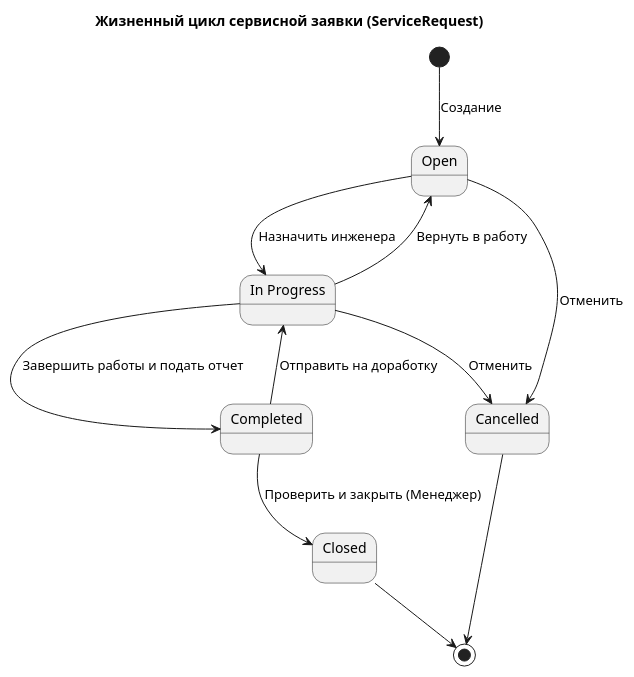
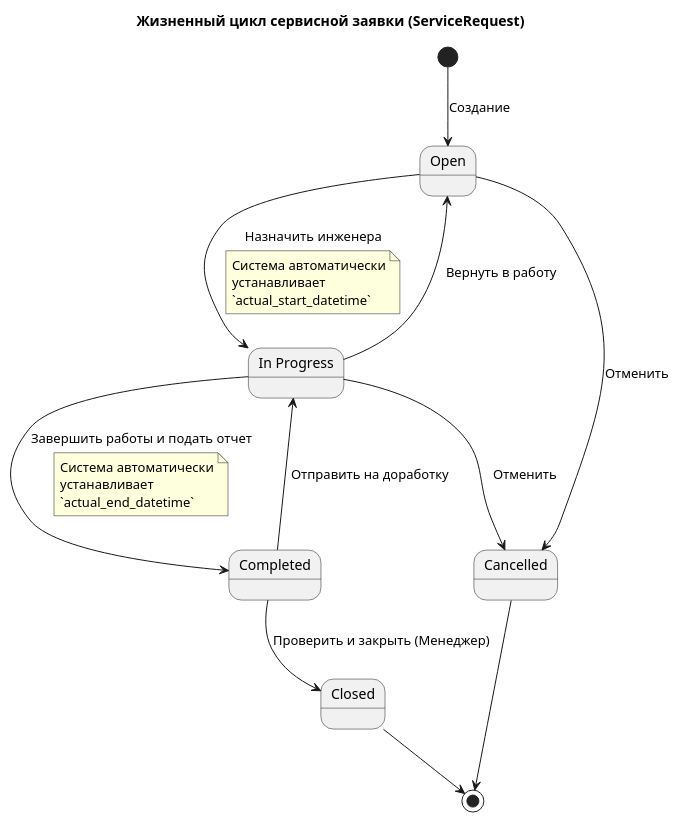
Diagram 13 of 15 in Техническая_спецификация.md (Dmitriyrus99/ferum_custom1), drawn with PlantUML before and after one commit. The commit also changed other lines of this file and 15 other files, not shown here.

```diff
--- a/Техническая_спецификация.md
+++ b/Техническая_спецификация.md
@@ -333,21 +343,31 @@
 @startuml
 title Жизненный цикл сервисной заявки (ServiceRequest)
 
 state "Open" as Open
 state "In Progress" as InProgress
 state "Completed" as Completed
 state "Closed" as Closed
 state "Cancelled" as Cancelled
 
 [*] --> Open : Создание
 Open --> InProgress : Назначить инженера
+note on link
+  Система автоматически
+  устанавливает
+  `actual_start_datetime`
+end note
 InProgress --> Open : Вернуть в работу
 InProgress --> Completed : Завершить работы и подать отчет
+note on link
+  Система автоматически
+  устанавливает
+  `actual_end_datetime`
+end note
 Completed --> Closed : Проверить и закрыть (Менеджер)
 Completed --> InProgress : Отправить на доработку
 Open --> Cancelled : Отменить
 InProgress --> Cancelled : Отменить
 Closed --> [*]
 Cancelled --> [*]
 
 @enduml
```
